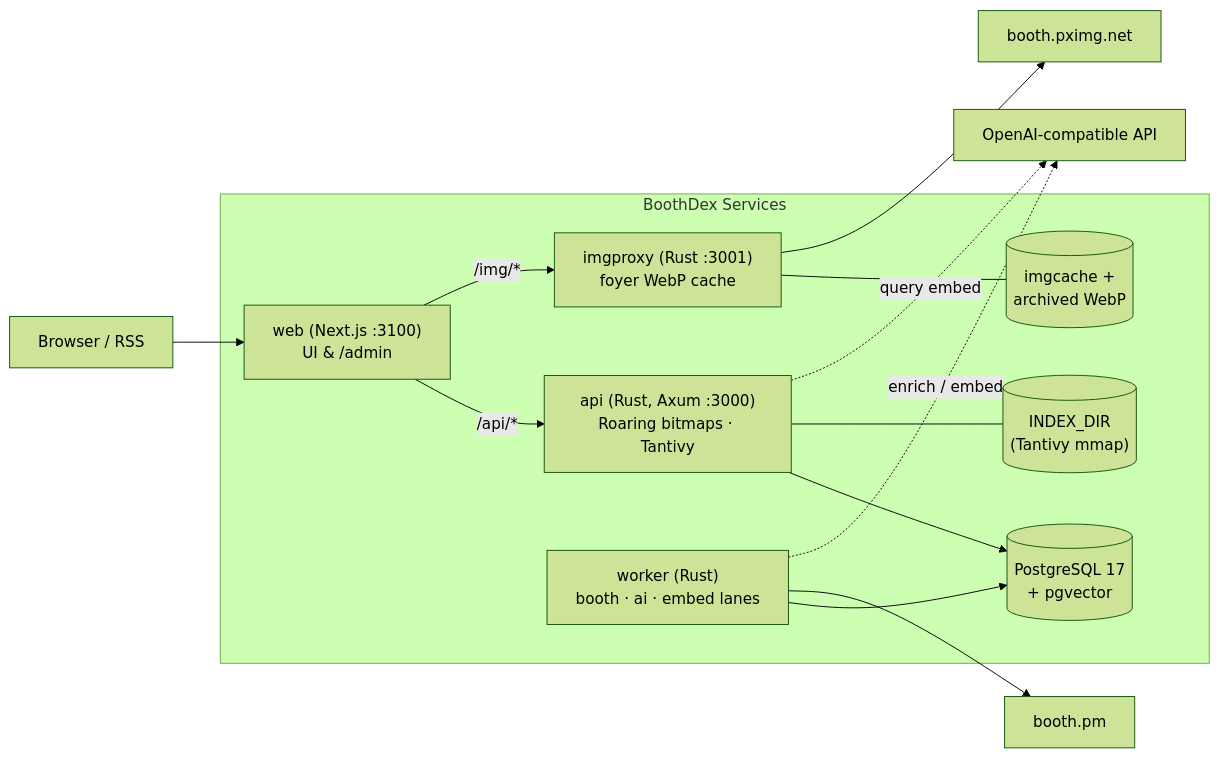
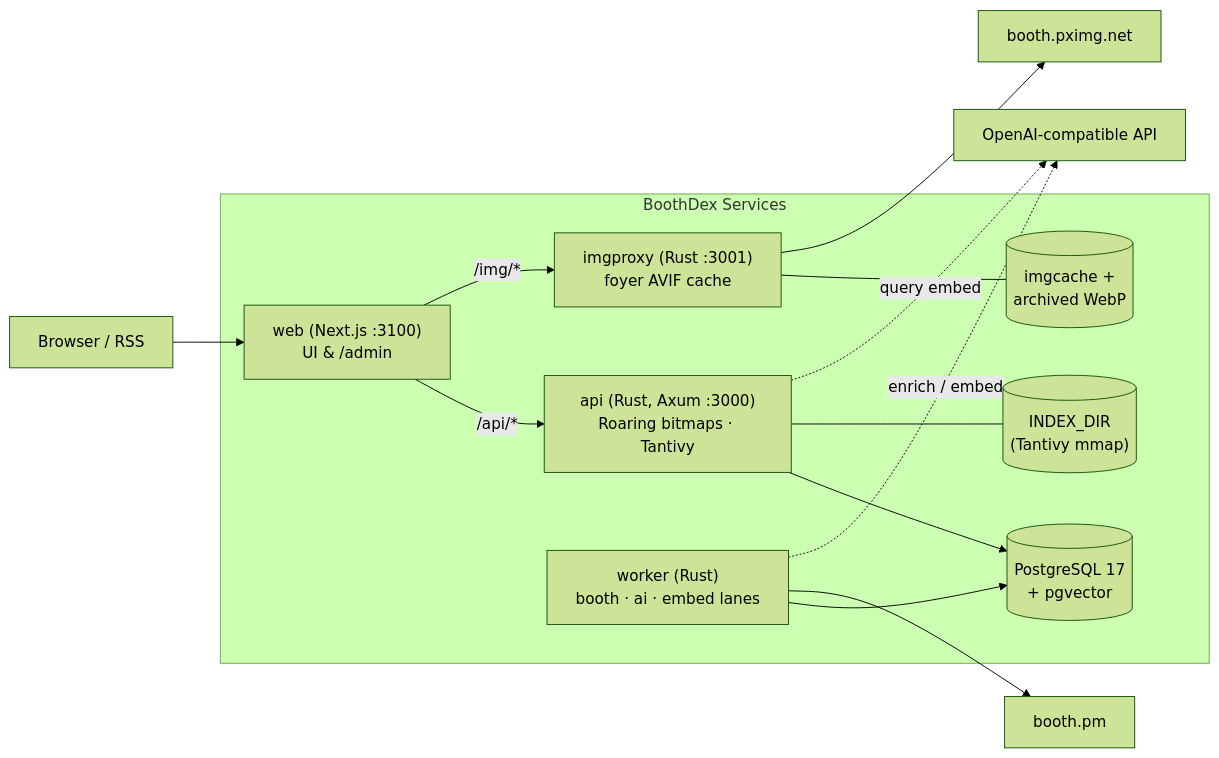
Before and after one commit to JohnsonRan/BoothDex: the second of 3 diagrams in README.md, drawn with Mermaid (forest theme). The commit also changed other lines of this file and 13 other files, not shown here.

````diff
--- a/README.md
+++ b/README.md
@@ -157,21 +157,21 @@
 ```mermaid
 flowchart LR
   browser["Browser / RSS"] --> web["web (Next.js :3100)<br/>UI & /admin"]
 
   subgraph stack["BoothDex Services"]
     web -- "/api/*" --> api["api (Rust, Axum :3000)<br/>Roaring bitmaps · Tantivy"]
-    web -- "/img/*" --> imgproxy["imgproxy (Rust :3001)<br/>foyer WebP cache"]
+    web -- "/img/*" --> imgproxy["imgproxy (Rust :3001)<br/>foyer AVIF cache"]
     worker["worker (Rust)<br/>booth · ai · embed lanes"]
     pg[("PostgreSQL 17<br/>+ pgvector")]
 
     api --> pg
     worker --> pg
     api --- idx[("INDEX_DIR<br/>(Tantivy mmap)")]
     imgproxy --- cache[("imgcache +<br/>archived WebP")]
   end
 
   imgproxy --> pximg["booth.pximg.net"]
   worker --> booth["booth.pm"]
   worker -. "enrich / embed" .-> ai["OpenAI-compatible API"]
   api -. "query embed" .-> ai
 ```
````
